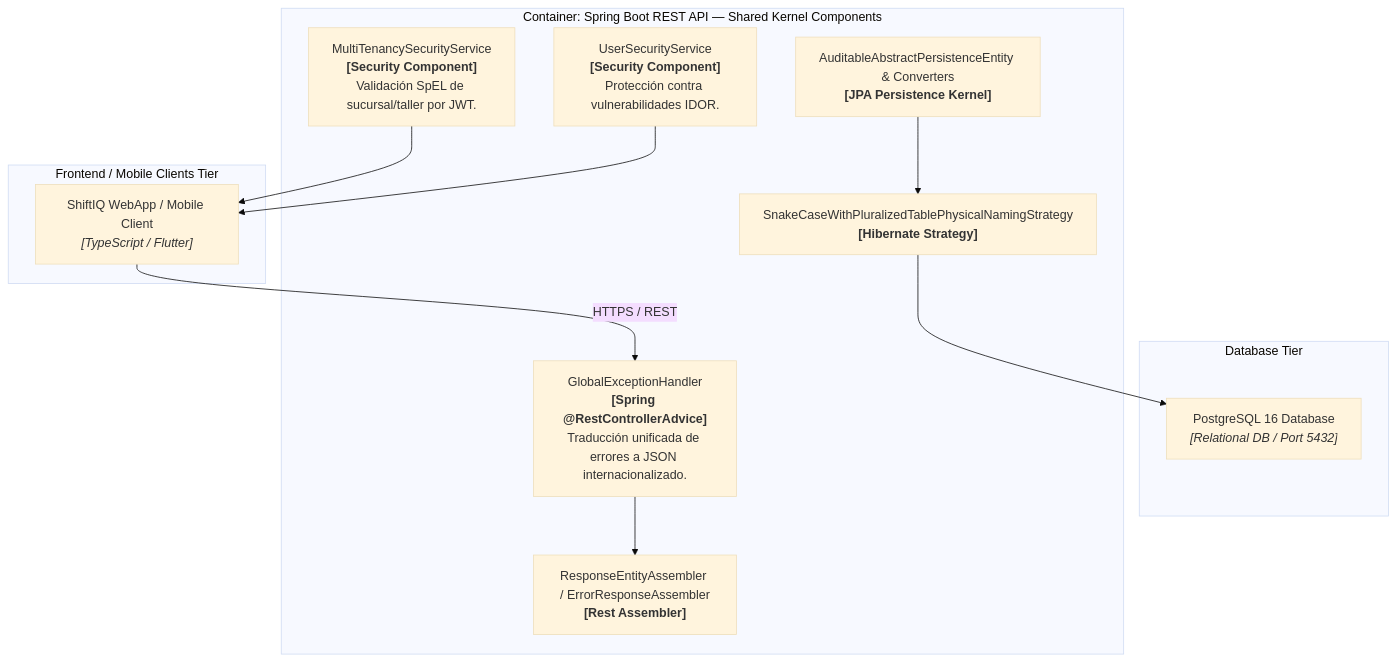
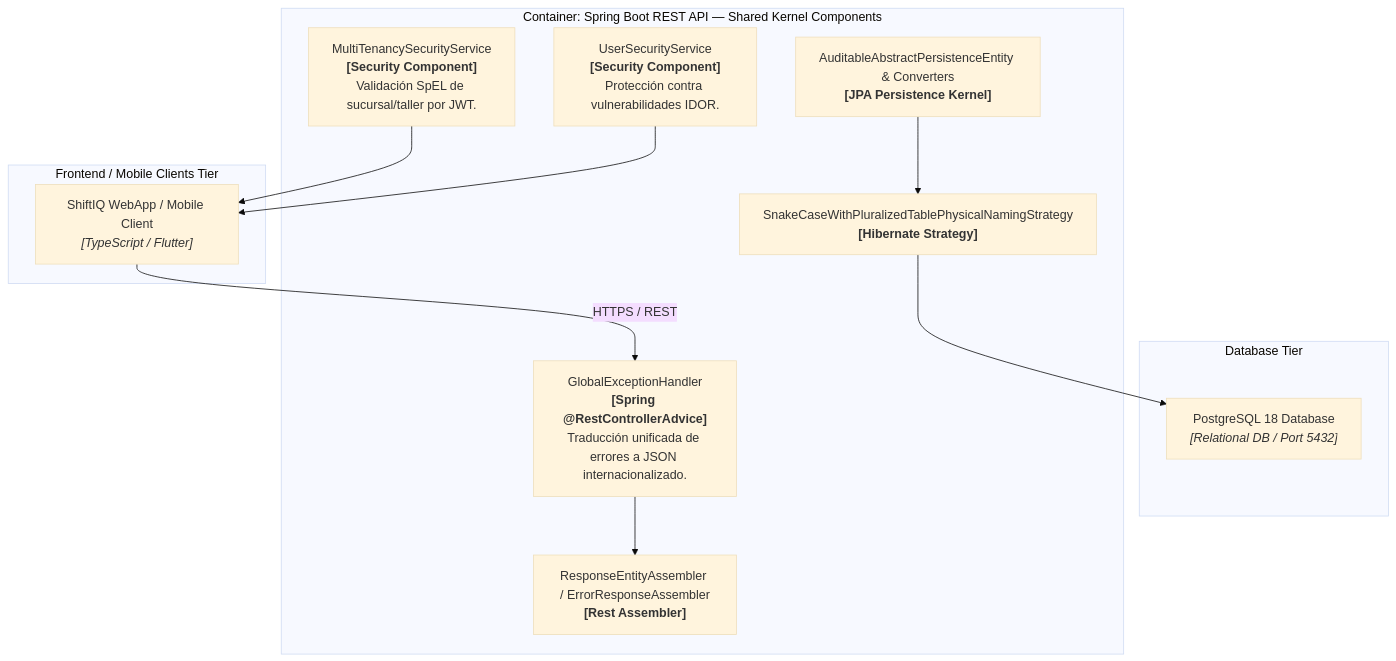
One commit to tux-logic/upc-pre-202620-1acc0238-13981-TuxLogic-report changed the fifth of 7 diagrams in docs/shared-bounded-context-dictionary.md. Above: the diagram before and after it, drawn with Mermaid (base theme). The commit also changed 13 other files, not shown here.

Commit message:
docs(iam): integrate IAM bounded context specification and vector SVG diagrams,.

````diff
--- a/docs/shared-bounded-context-dictionary.md
+++ b/docs/shared-bounded-context-dictionary.md
@@ -360,26 +360,26 @@
 ```mermaid
 graph TB
     subgraph Client_Tier ["Frontend / Mobile Clients Tier"]
         ClientApp["ShiftIQ WebApp / Mobile Client<br><i>[TypeScript / Flutter]</i>"]
     end
 
     subgraph External_DB ["Database Tier"]
-        PostgreSql["PostgreSQL 16 Database<br><i>[Relational DB / Port 5432]</i>"]
+        PostgreSql["PostgreSQL 18 Database<br><i>[Relational DB / Port 5432]</i>"]
     end
 
     subgraph Shared_Kernel_Container ["Container: Spring Boot REST API — Shared Kernel Components"]
         GlobalExHandler["GlobalExceptionHandler<br><b>[Spring @RestControllerAdvice]</b><br>Traducción unificada de errores a JSON internacionalizado."]
         MultiTenancySec["MultiTenancySecurityService<br><b>[Security Component]</b><br>Validación SpEL de sucursal/taller por JWT."]
         UserSec["UserSecurityService<br><b>[Security Component]</b><br>Protección contra vulnerabilidades IDOR."]
         ResAssembler["ResponseEntityAssembler / ErrorResponseAssembler<br><b>[Rest Assembler]</b>"]
         JpaAuditing["AuditableAbstractPersistenceEntity & Converters<br><b>[JPA Persistence Kernel]</b>"]
         PhysicalNaming["SnakeCaseWithPluralizedTablePhysicalNamingStrategy<br><b>[Hibernate Strategy]</b>"]
     end
 
     ClientApp -->|"HTTPS / REST"| GlobalExHandler
     GlobalExHandler --> ResAssembler
     MultiTenancySec --> ClientApp
     UserSec --> ClientApp
     JpaAuditing --> PhysicalNaming
     PhysicalNaming --> PostgreSql
 ```
````
